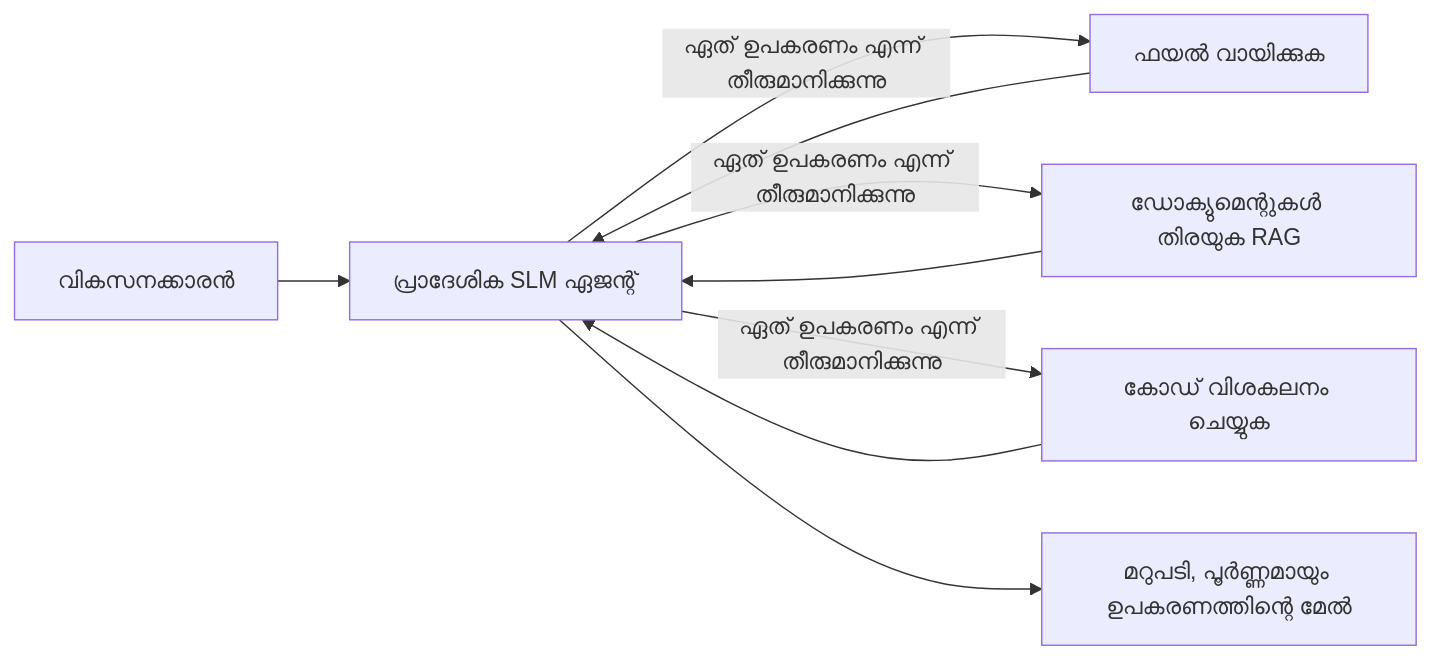
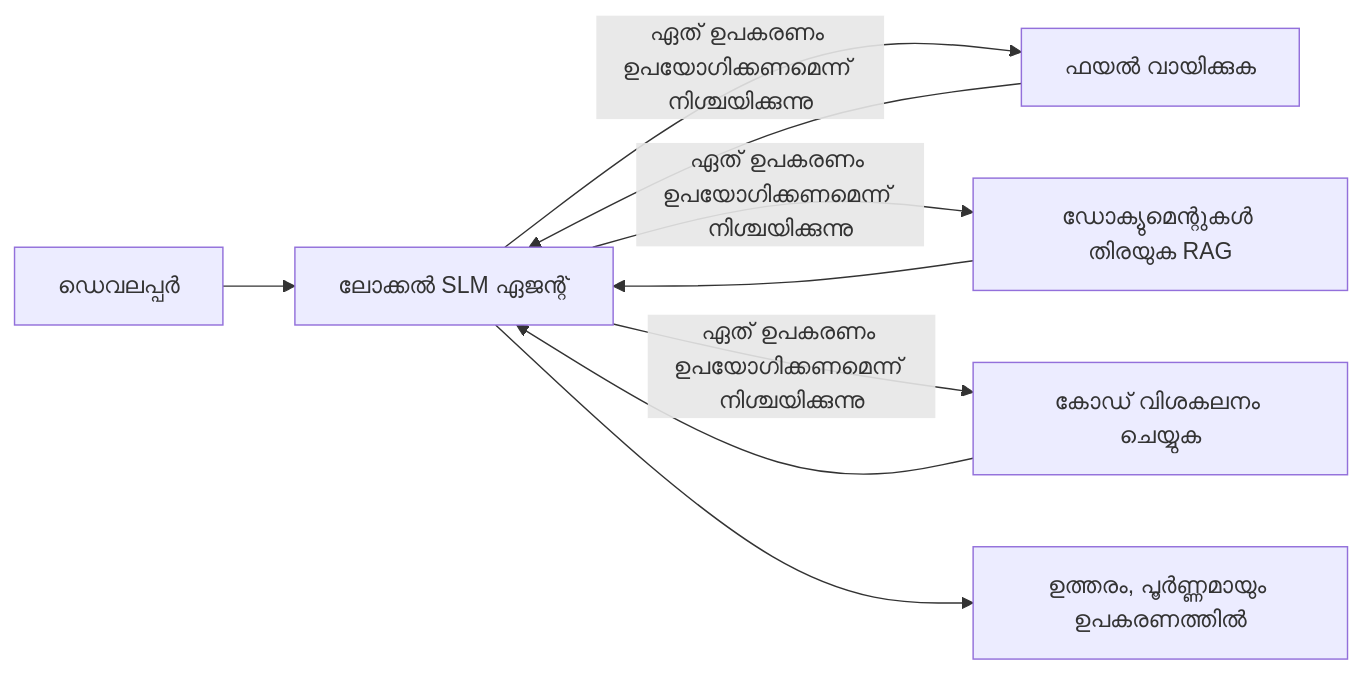
One commit to microsoft/ai-agents-for-beginners changed the first of 4 diagrams in translations/ml/17-creating-local-ai-agents/README.md. Above: the diagram before and after it, drawn with Mermaid. The commit also changed other lines of this file and 43 other files, not shown here.

````diff
--- a/translations/ml/17-creating-local-ai-agents/README.md
+++ b/translations/ml/17-creating-local-ai-agents/README.md
@@ -66,11 +66,11 @@
 ```mermaid
 flowchart LR
-    U[വികസനക്കാരൻ] --> A[പ്രാദേശിക SLM ഏജന്റ്]
-    A -->|ഏത് ഉപകരണം എന്ന് തീരുമാനിക്കുന്നു| T1[ഫയൽ വായിക്കുക]
-    A -->|ഏത് ഉപകരണം എന്ന് തീരുമാനിക്കുന്നു| T2[ഡോക്യുമെന്റുകൾ തിരയുക RAG]
-    A -->|ഏത് ഉപകരണം എന്ന് തീരുമാനിക്കുന്നു| T3[കോഡ് വിശകലനം ചെയ്യുക]
+    U[ഡെവലപ്പർ] --> A[ലോക്കൽ SLM ഏജന്റ്]
+    A -->|ഏത് ഉപകരണം ഉപയോഗിക്കണമെന്ന് നിശ്ചയിക്കുന്നു| T1[ഫയൽ വായിക്കുക]
+    A -->|ഏത് ഉപകരണം ഉപയോഗിക്കണമെന്ന് നിശ്ചയിക്കുന്നു| T2[ഡോക്യുമെന്റുകൾ തിരയുക RAG]
+    A -->|ഏത് ഉപകരണം ഉപയോഗിക്കണമെന്ന് നിശ്ചയിക്കുന്നു| T3[കോഡ് വിശകലനം ചെയ്യുക]
     T1 --> A
     T2 --> A
     T3 --> A
-    A --> R[മറുപടി, പൂർണ്ണമായും ഉപകരണത്തിന്റെ മേൽ]
+    A --> R[ഉത്തരം, പൂർണ്ണമായും ഉപകരണത്തിൽ]
 ```
````
